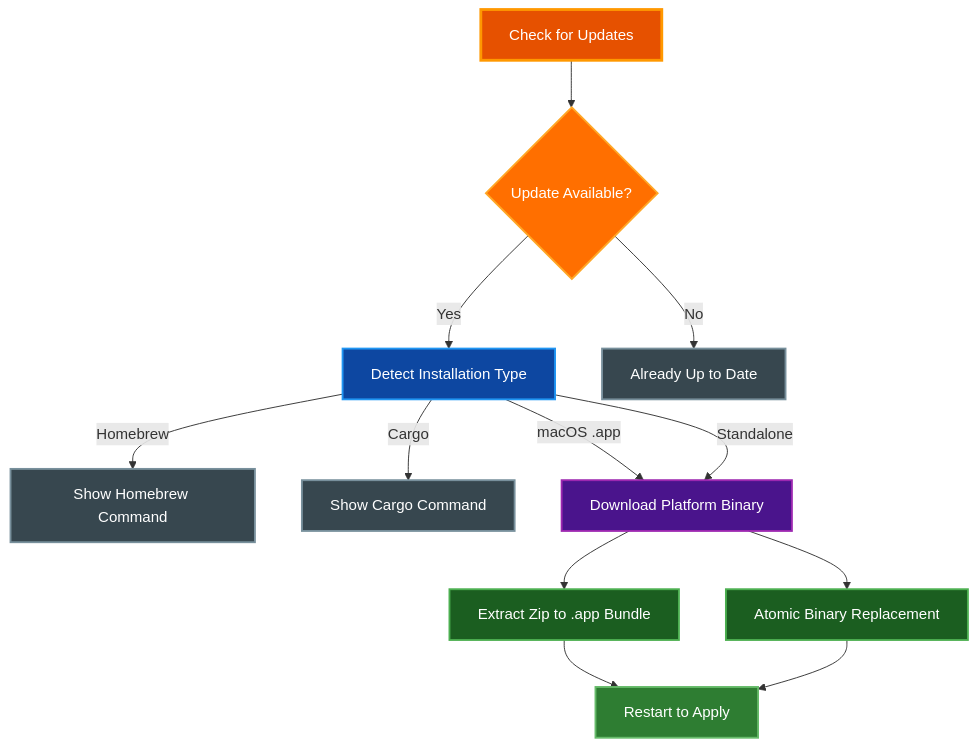
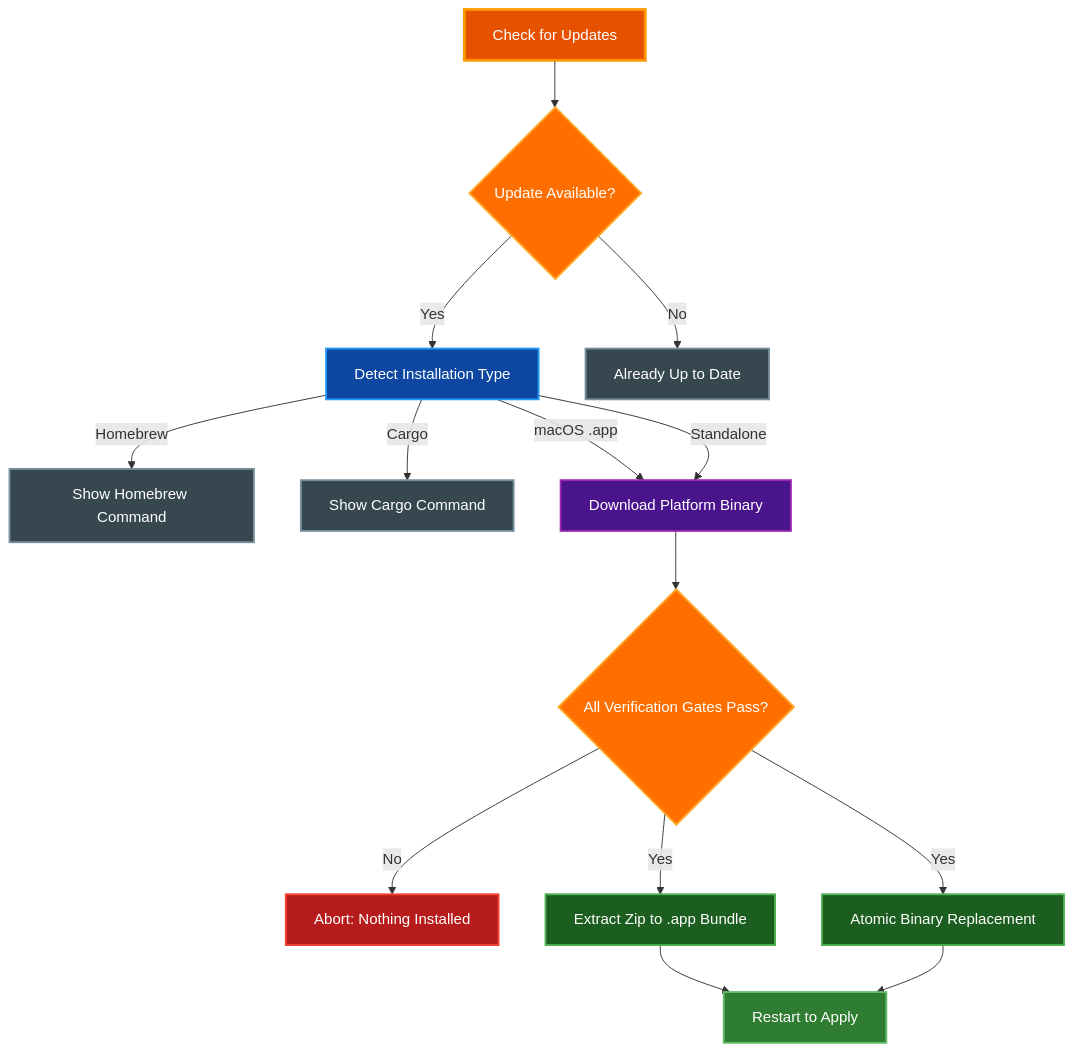
Before and after one commit to paulrobello/par-term: the first of 2 diagrams in docs/features/SELF_UPDATE.md, drawn with Mermaid. The commit also changed other lines of this file and 7 other files, not shown here.

````diff
--- a/docs/features/SELF_UPDATE.md
+++ b/docs/features/SELF_UPDATE.md
@@ -41,35 +47,41 @@
 ```mermaid
 graph TD
     Check[Check for Updates]
     Available{Update Available?}
     Detect[Detect Installation Type]
     Homebrew[Show Homebrew Command]
     Cargo[Show Cargo Command]
     Download[Download Platform Binary]
+    Verify{All Verification Gates Pass?}
+    Refuse["Abort: Nothing Installed"]
     Bundle[Extract Zip to .app Bundle]
     Standalone[Atomic Binary Replacement]
     Done[Restart to Apply]
 
     Check --> Available
     Available -- No --> UpToDate[Already Up to Date]
     Available -- Yes --> Detect
     Detect -- Homebrew --> Homebrew
     Detect -- Cargo --> Cargo
     Detect -- macOS .app --> Download
     Detect -- Standalone --> Download
-    Download --> Bundle
-    Download --> Standalone
+    Download --> Verify
+    Verify -- No --> Refuse
+    Verify -- Yes --> Bundle
+    Verify -- Yes --> Standalone
     Bundle --> Done
     Standalone --> Done
 
     style Check fill:#e65100,stroke:#ff9800,stroke-width:3px,color:#ffffff
     style Available fill:#ff6f00,stroke:#ffa726,stroke-width:2px,color:#ffffff
     style Detect fill:#0d47a1,stroke:#2196f3,stroke-width:2px,color:#ffffff
     style Homebrew fill:#37474f,stroke:#78909c,stroke-width:2px,color:#ffffff
     style Cargo fill:#37474f,stroke:#78909c,stroke-width:2px,color:#ffffff
     style Download fill:#4a148c,stroke:#9c27b0,stroke-width:2px,color:#ffffff
+    style Verify fill:#ff6f00,stroke:#ffa726,stroke-width:2px,color:#ffffff
+    style Refuse fill:#b71c1c,stroke:#f44336,stroke-width:2px,color:#ffffff
     style Bundle fill:#1b5e20,stroke:#4caf50,stroke-width:2px,color:#ffffff
     style Standalone fill:#1b5e20,stroke:#4caf50,stroke-width:2px,color:#ffffff
     style Done fill:#2e7d32,stroke:#66bb6a,stroke-width:2px,color:#ffffff
     style UpToDate fill:#37474f,stroke:#78909c,stroke-width:2px,color:#ffffff
 ```
````
